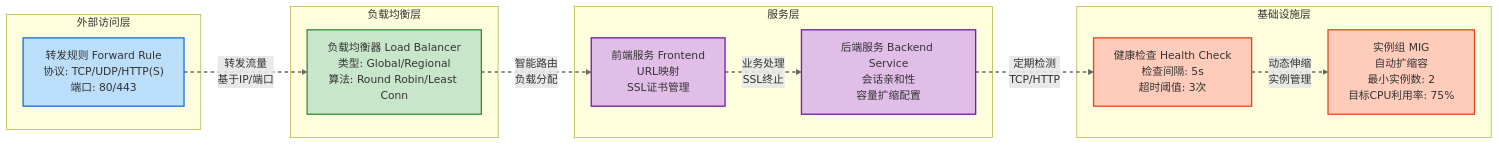
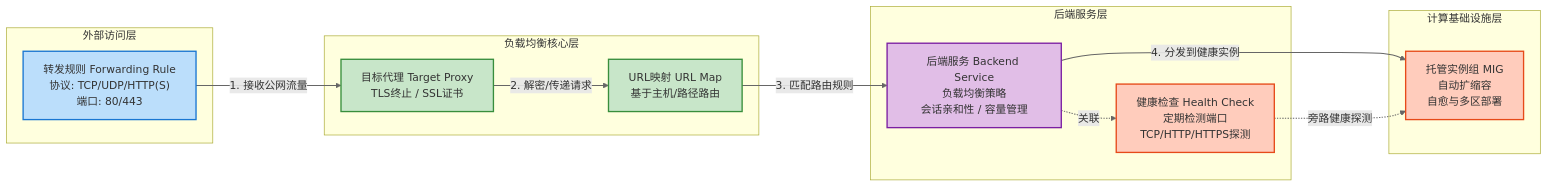
Before and after one commit to aibangjuxin/knowledge: the second of 3 diagrams in gcp/gce/flow-fr-lb-mig.md, drawn with Mermaid. The commit also changed other lines of this file and 3 other files, not shown here.

````diff
--- a/gcp/gce/flow-fr-lb-mig.md
+++ b/gcp/gce/flow-fr-lb-mig.md
@@ -12,35 +12,36 @@
 ```mermaid
 flowchart LR
     subgraph External ["外部访问层"]
-        A["转发规则 Forward Rule<br/>协议: TCP/UDP/HTTP(S)<br/>端口: 80/443"]
+        A["转发规则 Forwarding Rule<br/>协议: TCP/UDP/HTTP(S)<br/>端口: 80/443"]
         style A fill:#bbdefb,stroke:#1976d2
     end
 
-    subgraph LoadBalancing ["负载均衡层"]
-        B["负载均衡器 Load Balancer<br/>类型: Global/Regional<br/>算法: Round Robin/Least Conn"]
+    subgraph LoadBalancing ["负载均衡核心层"]
+        B["目标代理 Target Proxy<br/>TLS终止 / SSL证书"]
+        C["URL映射 URL Map<br/>基于主机/路径路由"]
         style B fill:#c8e6c9,stroke:#388e3c
+        style C fill:#c8e6c9,stroke:#388e3c
     end
 
-    subgraph Services ["服务层"]
-        C["前端服务 Frontend<br/>URL映射<br/>SSL证书管理"]
-        D["后端服务 Backend Service<br/>会话亲和性<br/>容量扩缩配置"]
-        style C fill:#e1bee7,stroke:#7b1fa2
+    subgraph Services ["后端服务层"]
+        D["后端服务 Backend Service<br/>负载均衡策略<br/>会话亲和性 / 容量管理"]
+        E["健康检查 Health Check<br/>定期检测端口<br/>TCP/HTTP/HTTPS探测"]
         style D fill:#e1bee7,stroke:#7b1fa2
+        style E fill:#ffccbc,stroke:#e64a19
     end
 
-    subgraph Infrastructure ["基础设施层"]
-        E["健康检查 Health Check<br/>检查间隔: 5s<br/>超时阈值: 3次"]
-        F["实例组 MIG<br/>自动扩缩容<br/>最小实例数: 2<br/>目标CPU利用率: 75%"]
-        style E fill:#ffccbc,stroke:#e64a19
+    subgraph Infrastructure ["计算基础设施层"]
+        F["托管实例组 MIG<br/>自动扩缩容<br/>自愈与多区部署"]
         style F fill:#ffccbc,stroke:#e64a19
     end
 
-    A --> |"转发流量<br/>基于IP/端口"| B
-    B --> |"智能路由<br/>负载分配"| C
-    C --> |"业务处理<br/>SSL终止"| D
-    D --> |"定期检测<br/>TCP/HTTP"| E
-    E --> |"动态伸缩<br/>实例管理"| F
+    A -->|"1. 接收公网流量"| B
+    B -->|"2. 解密/传递请求"| C
+    C -->|"3. 匹配路由规则"| D
+    D -->|"4. 分发到健康实例"| F
+    D -.->|"关联"| E
+    E -.->|"旁路健康探测"| F
 
     classDef default fill:#f9f9f9,stroke:#333,stroke-width:2px
-    linkStyle default stroke:#666,stroke-width:2px,stroke-dasharray: 5 5
+    linkStyle default stroke:#666,stroke-width:1.5px
 ```
````
